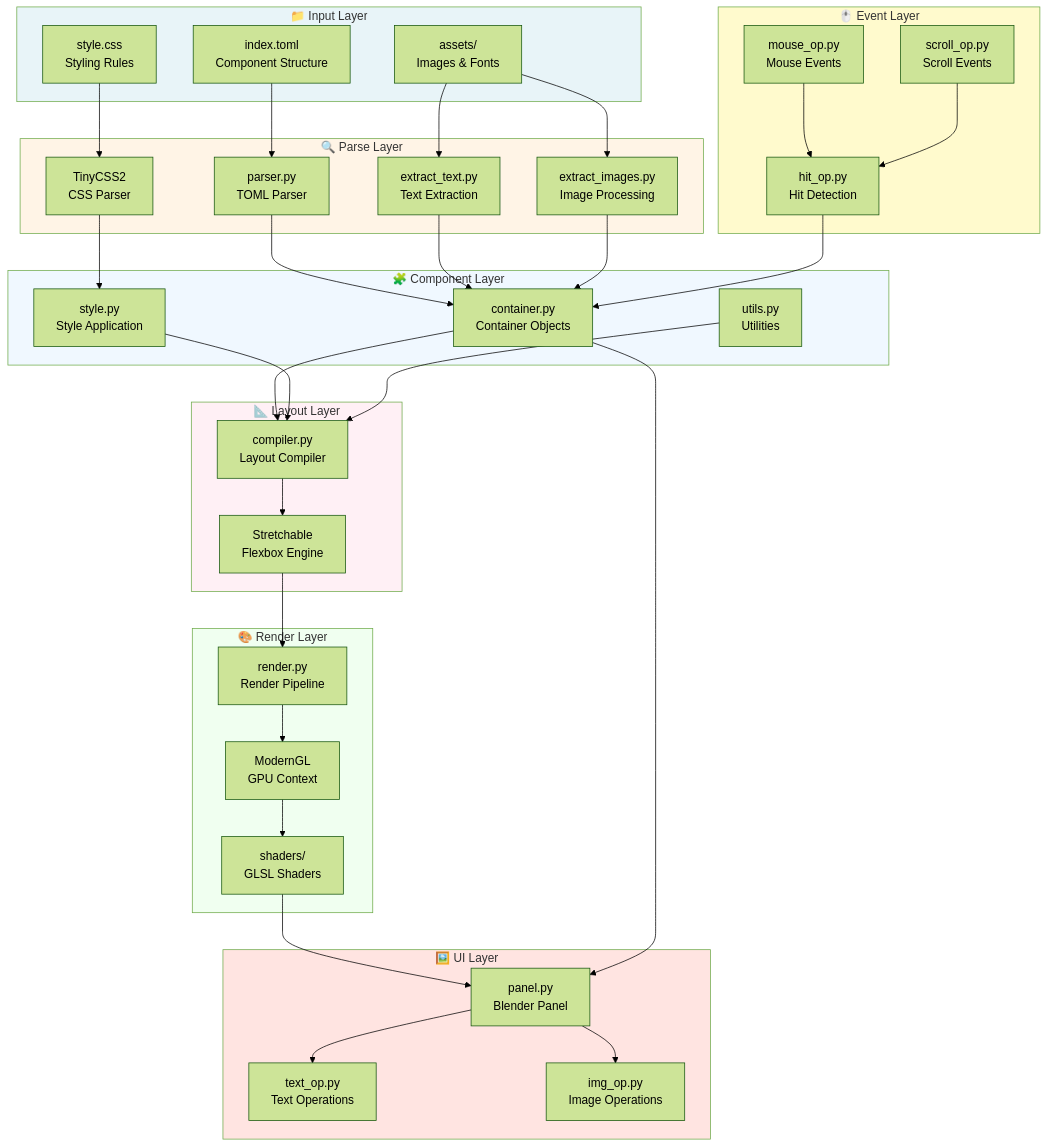
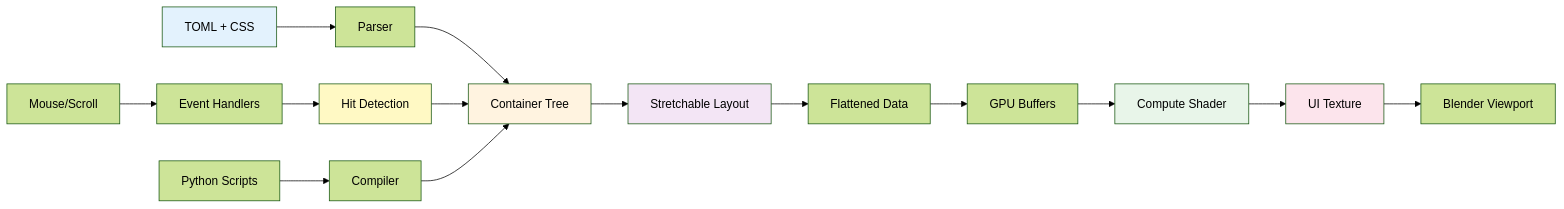
Before and after one commit to nicolaiprodromov/puree: the diagram in README.md, drawn with Mermaid (forest theme). The commit also changed other lines of this file, not shown here.

Commit message:
docs: better graph and reorder readme

````diff
--- a/README.md
+++ b/README.md
@@ -57,81 +213,26 @@
 ```mermaid
-graph TB
-    subgraph Input["📁 Input Layer"]
-        TOML[index.toml<br/>Component Structure]
-        CSS[style.css<br/>Styling Rules]
-        Assets[assets/<br/>Images & Fonts]
-    end
-
-    subgraph Parse["🔍 Parse Layer"]
-        Parser[parser.py<br/>TOML Parser]
-        CSSParser[TinyCSS2<br/>CSS Parser]
-        ExtractText[extract_text.py<br/>Text Extraction]
-        ExtractImg[extract_images.py<br/>Image Processing]
-    end
-
-    subgraph Component["🧩 Component Layer"]
-        Container[container.py<br/>Container Objects]
-        Style[style.py<br/>Style Application]
-        Utils[utils.py<br/>Utilities]
-    end
-
-    subgraph Layout["📐 Layout Layer"]
-        Compiler[compiler.py<br/>Layout Compiler]
-        Stretchable[Stretchable<br/>Flexbox Engine]
-    end
-
-    subgraph Render["🎨 Render Layer"]
-        ModernGL[ModernGL<br/>GPU Context]
-        Shaders[shaders/<br/>GLSL Shaders]
-        RenderEngine[render.py<br/>Render Pipeline]
-    end
-
-    subgraph Events["🖱️ Event Layer"]
-        MouseOp[mouse_op.py<br/>Mouse Events]
-        ScrollOp[scroll_op.py<br/>Scroll Events]
-        HitOp[hit_op.py<br/>Hit Detection]
-    end
-
-    subgraph UI["🖼️ UI Layer"]
-        Panel[panel.py<br/>Blender Panel]
-        TextOp[text_op.py<br/>Text Operations]
-        ImgOp[img_op.py<br/>Image Operations]
-    end
-
-    TOML --> Parser
-    CSS --> CSSParser
-    Assets --> ExtractText
-    Assets --> ExtractImg
+graph LR
+    A[TOML + CSS] --> B[Parser]
+    B --> C[Container Tree]
+    C --> D[Stretchable Layout]
+    D --> E[Flattened Data]
+    E --> F[GPU Buffers]
+    F --> G[Compute Shader]
+    G --> H[UI Texture]
     
-    Parser --> Container
-    CSSParser --> Style
-    ExtractText --> Container
-    ExtractImg --> Container
+    I[Mouse/Scroll] --> J[Event Handlers]
+    J --> K[Hit Detection]
+    K --> C
     
-    Container --> Compiler
-    Style --> Compiler
-    Utils --> Compiler
+    L[Python Scripts] --> M[Compiler]
+    M --> C
     
-    Compiler --> Stretchable
-    Stretchable --> RenderEngine
+    H --> N[Blender Viewport]
     
-    RenderEngine --> ModernGL
-    ModernGL --> Shaders
-    Shaders --> Panel
-    
-    MouseOp --> HitOp
-    ScrollOp --> HitOp
-    HitOp --> Container
-    
-    Panel --> TextOp
-    Panel --> ImgOp
-    Container --> Panel
-
-    style Input fill:#e8f4f8
-    style Parse fill:#fff4e6
-    style Component fill:#f0f8ff
-    style Layout fill:#fff0f5
-    style Render fill:#f0fff0
-    style Events fill:#fffacd
-    style UI fill:#ffe4e1
+    style A fill:#e3f2fd
+    style C fill:#fff3e0
+    style D fill:#f3e5f5
+    style G fill:#e8f5e9
+    style H fill:#fce4ec
+    style K fill:#fff9c4
 ```
````
